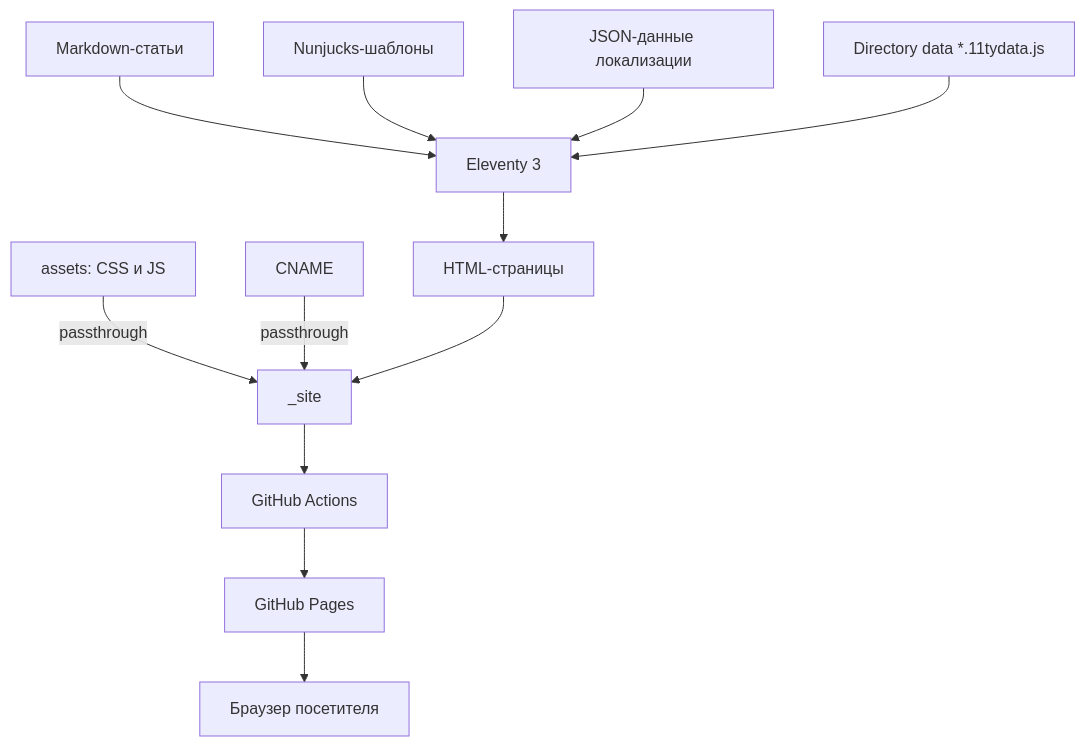
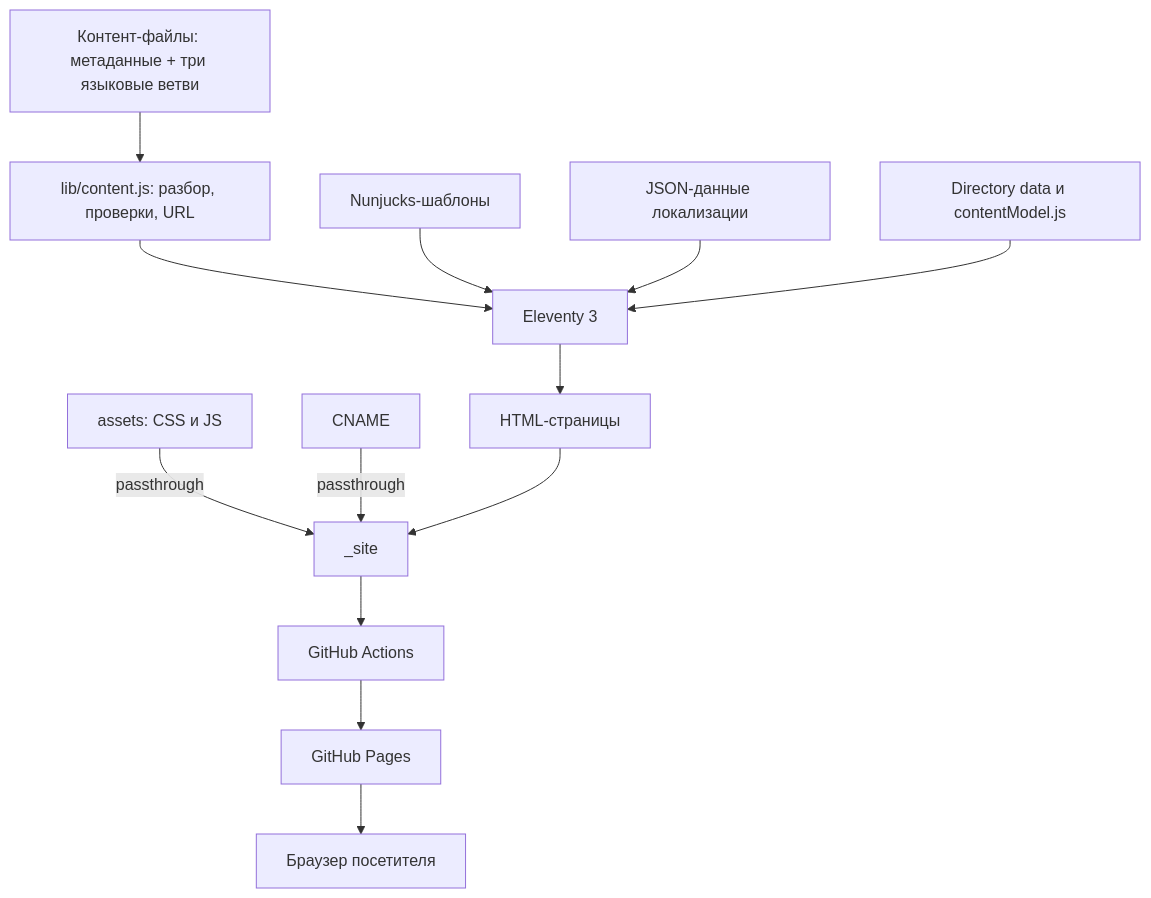
Before and after one commit to maxiller/zyatnin.me: the first of 3 diagrams in docs/analysis.md, drawn with Mermaid. The commit also changed other lines of this file and 246 other files, not shown here.

````diff
--- a/docs/analysis.md
+++ b/docs/analysis.md
@@ -122,14 +106,15 @@
 ```mermaid
 flowchart TD
-    MD["Markdown-статьи"] --> E["Eleventy 3"]
+    C["Контент-файлы: метаданные + три языковые ветви"] --> LIB["lib/content.js: разбор, проверки, URL"]
+    LIB --> E["Eleventy 3"]
     NJK["Nunjucks-шаблоны"] --> E
     JSON["JSON-данные локализации"] --> E
-    DATA["Directory data *.11tydata.js"] --> E
+    DATA["Directory data и contentModel.js"] --> E
     ASSETS["assets: CSS и JS"] -->|passthrough| OUT["_site"]
     CNAME["CNAME"] -->|passthrough| OUT
     E --> HTML["HTML-страницы"]
     HTML --> OUT
     OUT --> CI["GitHub Actions"]
     CI --> PAGES["GitHub Pages"]
     PAGES --> USER["Браузер посетителя"]
 ```
````
